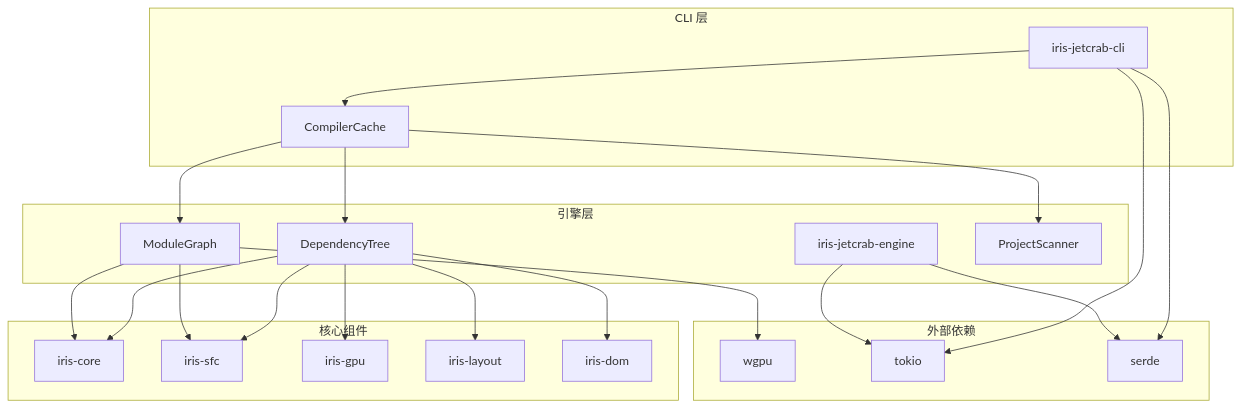
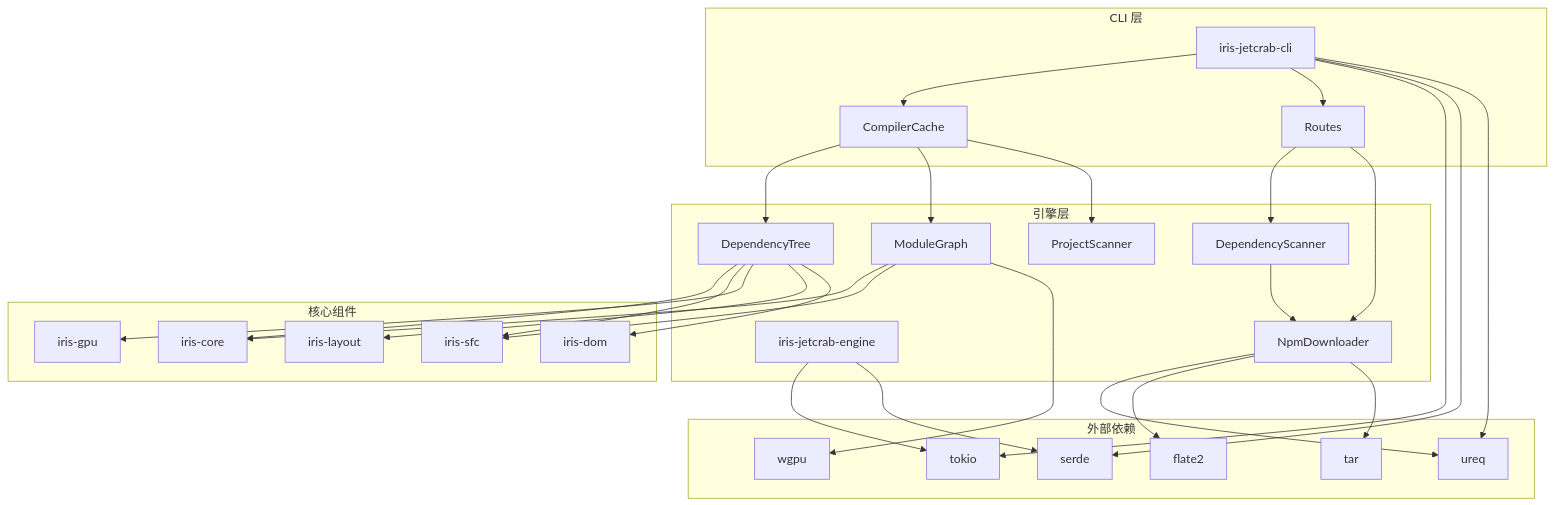
Before and after one commit to itszzl-sudo/iris: diagram 13 of 13 in .qoder/repowiki/zh/content/核心功能特性/依赖树管理功能文档.md, drawn with Mermaid. The commit also changed other lines of this file and 63 other files, not shown here.

````diff
--- a/.qoder/repowiki/zh/content/核心功能特性/依赖树管理功能文档.md
+++ b/.qoder/repowiki/zh/content/核心功能特性/依赖树管理功能文档.md
@@ -404,41 +662,55 @@
 ```mermaid
 graph TB
 subgraph "CLI 层"
 JJC[iris-jetcrab-cli]
 CC[CompilerCache]
+RT[Routes]
 end
 subgraph "引擎层"
 JJE[iris-jetcrab-engine]
 DT[DependencyTree]
+DS[DependencyScanner]
 MG[ModuleGraph]
 PS[ProjectScanner]
+ND[NpmDownloader]
 end
 subgraph "核心组件"
 CORE[iris-core]
 SFC[iris-sfc]
 GPU[iris-gpu]
 LAYOUT[iris-layout]
 DOM[iris-dom]
 end
 subgraph "外部依赖"
 WGPU[wgpu]
 TOKIO[tokio]
 SERDE[serde]
+UREQ[ureq]
+FLATE2[flate2]
+TAR[tar]
 end
 JJC --> CC
+JJC --> RT
 CC --> DT
 CC --> MG
 CC --> PS
+RT --> DS
+RT --> ND
+DS --> ND
 DT --> CORE
 DT --> SFC
 DT --> GPU
 DT --> LAYOUT
 DT --> DOM
 MG --> CORE
 MG --> SFC
 MG --> WGPU
 JJC --> TOKIO
 JJC --> SERDE
+JJC --> UREQ
 JJE --> TOKIO
 JJE --> SERDE
+ND --> UREQ
+ND --> FLATE2
+ND --> TAR
 ```
````
